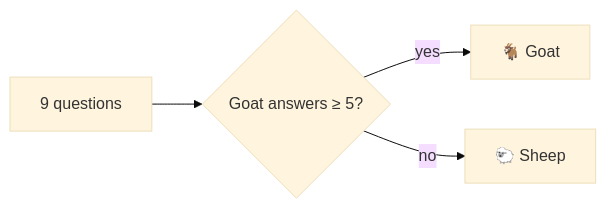
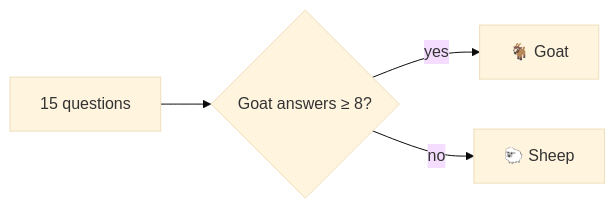
Before and after one commit to amalmehta/goat-or-sheep: the diagram in docs/GUIDE.md, drawn with Mermaid (base theme). The commit also changed other lines of this file and 14 other files, not shown here.

````diff
--- a/docs/GUIDE.md
+++ b/docs/GUIDE.md
@@ -45,6 +45,6 @@
 ```mermaid
 flowchart LR
-  A[9 questions] --> B{Goat answers ≥ 5?}
+  A[15 questions] --> B{Goat answers ≥ 8?}
   B -- yes --> G[🐐 Goat]
   B -- no --> S[🐑 Sheep]
 ```
````
